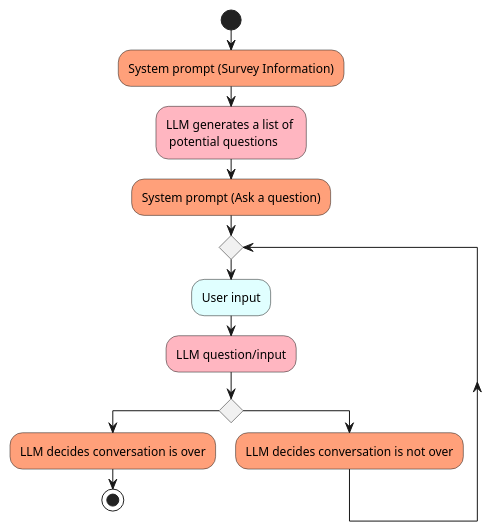
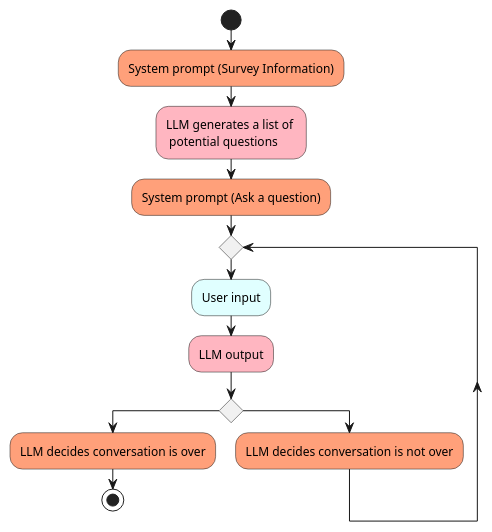
The diagram in docs/diagrams/src/prompt-eng-2.plantuml (pakshuang/ai-chat-survey), drawn with PlantUML before and after one commit.

```diff
--- a/docs/diagrams/src/prompt-eng-2.plantuml
+++ b/docs/diagrams/src/prompt-eng-2.plantuml
@@ -1,24 +1,24 @@
 @startuml prompt-eng-2
 
 skinparam shadowing false
 skinparam BackgroundColor transparent
 
 start
 #LightSalmon:System prompt (Survey Information);
 #LightPink:LLM generates a list of \n potential questions;
 #LightSalmon:System prompt (Ask a question);
 
 while ()
     #LightCyan:User input;
-    #LightPink:LLM question/input; 
+    #LightPink:LLM output; 
     if () then
         #LightSalmon:LLM decides conversation is over; 
         stop
     else 
         #LightSalmon:LLM decides conversation is not over;
     endif
     endwhile
     -[hidden]->
     detach
 
 @enduml
```
